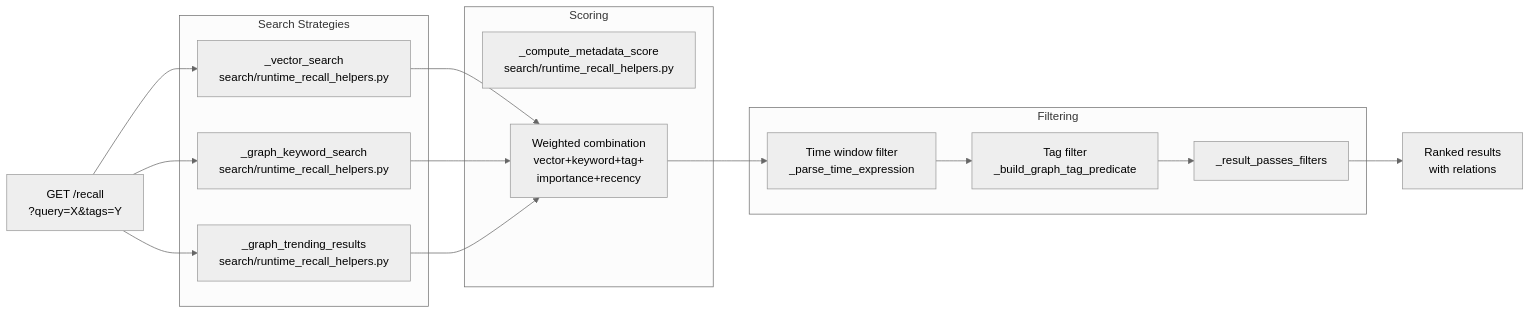
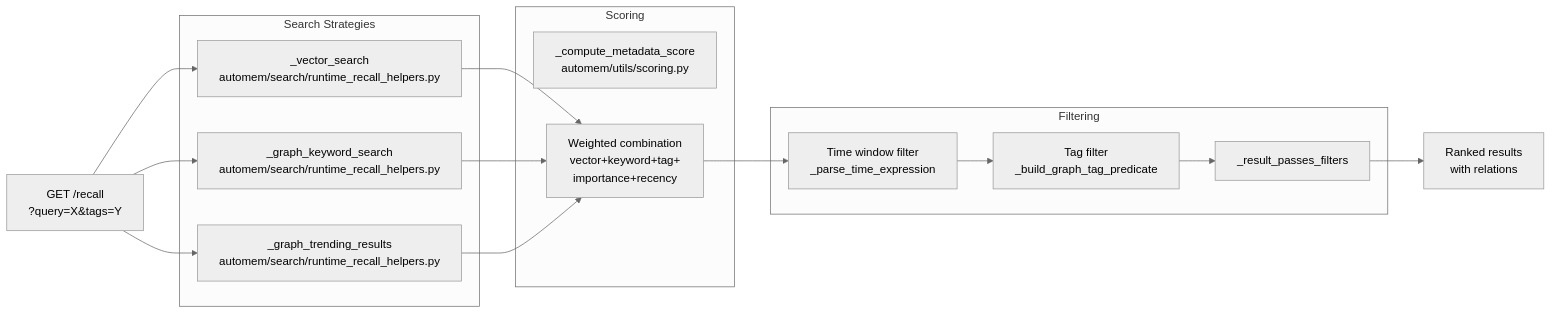
Before and after one commit to verygoodplugins/automem-website: the first of 4 diagrams in src/content/docs/docs/reference/api/recall-operations.md, drawn with Mermaid (neutral theme). The commit also changed other lines of this file, not shown here.

First line of the commit message:
docs: fix drift in Recall Operations page (#76)

````diff
--- a/src/content/docs/docs/reference/api/recall-operations.md
+++ b/src/content/docs/docs/reference/api/recall-operations.md
@@ -104,35 +104,35 @@
 ```mermaid
 graph LR
     Request["GET /recall<br/>?query=X&tags=Y"]
 
     subgraph "Search Strategies"
-        Vector["_vector_search<br/>search/runtime_recall_helpers.py"]
-        Keyword["_graph_keyword_search<br/>search/runtime_recall_helpers.py"]
-        Trending["_graph_trending_results<br/>search/runtime_recall_helpers.py"]
+        Vector["_vector_search<br/>automem/search/runtime_recall_helpers.py"]
+        Keyword["_graph_keyword_search<br/>automem/search/runtime_recall_helpers.py"]
+        Trending["_graph_trending_results<br/>automem/search/runtime_recall_helpers.py"]
     end
 
     subgraph "Scoring"
-        Compute["_compute_metadata_score<br/>search/runtime_recall_helpers.py"]
+        Compute["_compute_metadata_score<br/>automem/utils/scoring.py"]
         Combine["Weighted combination<br/>vector+keyword+tag+<br/>importance+recency"]
     end
 
     subgraph "Filtering"
         Time["Time window filter<br/>_parse_time_expression"]
         Tags["Tag filter<br/>_build_graph_tag_predicate"]
         ResultFilter["_result_passes_filters"]
     end
 
     Request --> Vector
     Request --> Keyword
     Request --> Trending
 
     Vector --> Combine
     Keyword --> Combine
     Trending --> Combine
 
     Combine --> Time
     Time --> Tags
     Tags --> ResultFilter
 
     ResultFilter --> Response["Ranked results<br/>with relations"]
 ```
````
